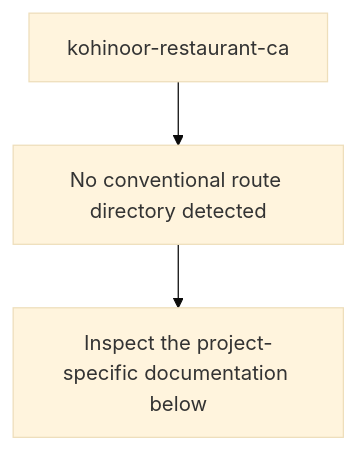
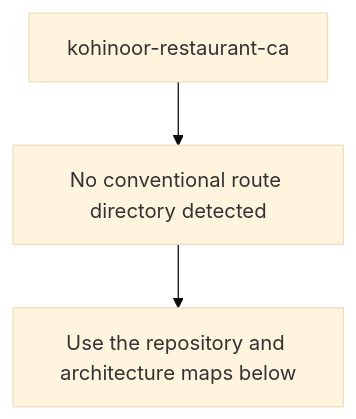
The second of 5 diagrams in README.md (Nischhalsubba/kohinoor-restaurant-ca), drawn with Mermaid (base theme) before and after one commit. The commit also changed other lines of this file, not shown here.

````diff
--- a/README.md
+++ b/README.md
@@ -38,6 +68,6 @@
 ```mermaid
 flowchart TD
     APP["kohinoor-restaurant-ca"]
     APP --> SOURCE["No conventional route directory detected"]
-    SOURCE --> VERIFY["Inspect the project-specific documentation below"]
+    SOURCE --> GUIDE["Use the repository and architecture maps below"]
 ```
````
